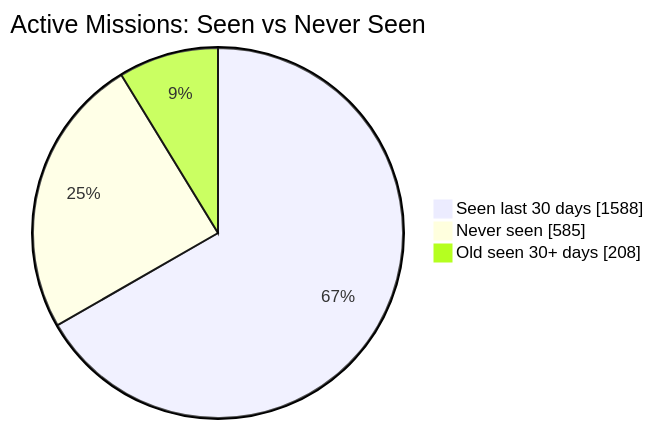
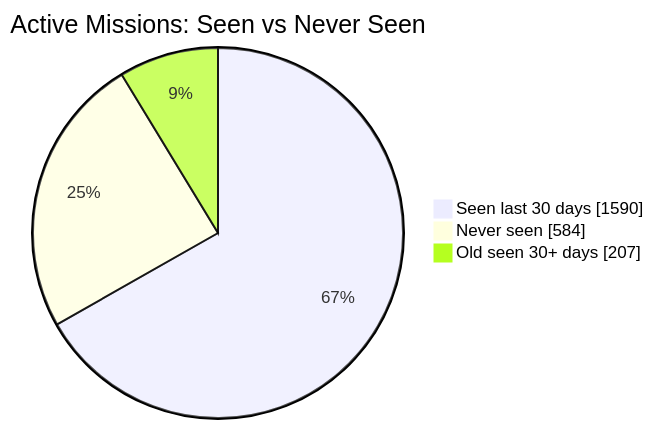
Before and after one commit to MeldkamerspelGameTeam/active-missions: the first of 2 diagrams in README.md, drawn with Mermaid. The commit also changed other lines of this file and 3 other files, not shown here.

````diff
--- a/README.md
+++ b/README.md
@@ -34,7 +34,7 @@
 ```mermaid
 pie showData
     title Active Missions: Seen vs Never Seen
-    "Seen last 30 days" : 1588
-    "Never seen" : 585
-    "Old seen 30+ days" : 208
+    "Seen last 30 days" : 1590
+    "Never seen" : 584
+    "Old seen 30+ days" : 207
 ```
````
